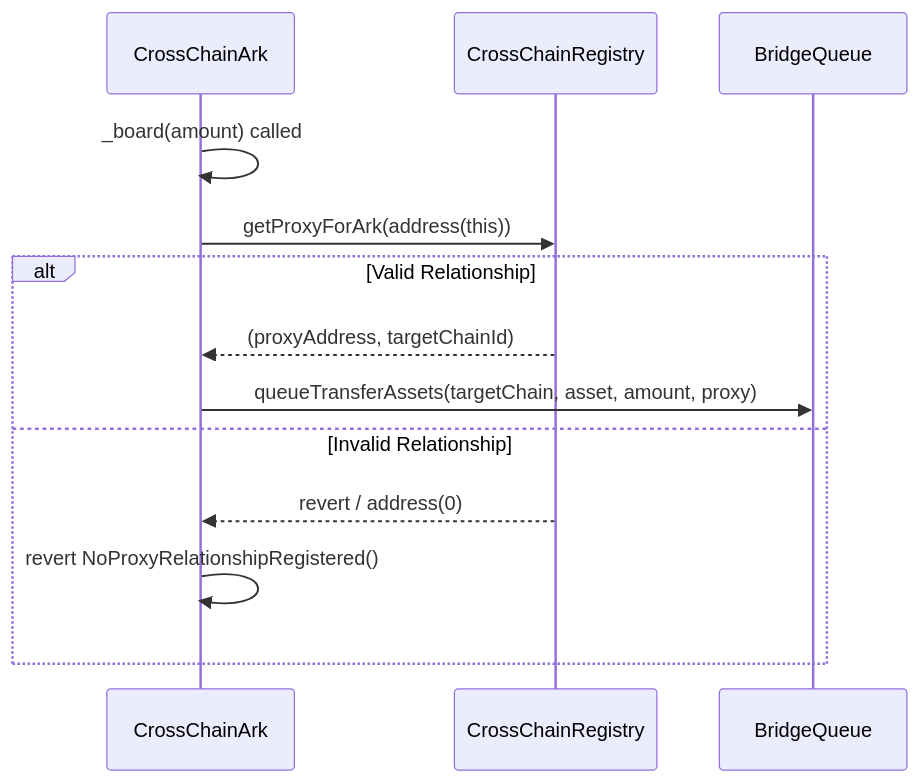
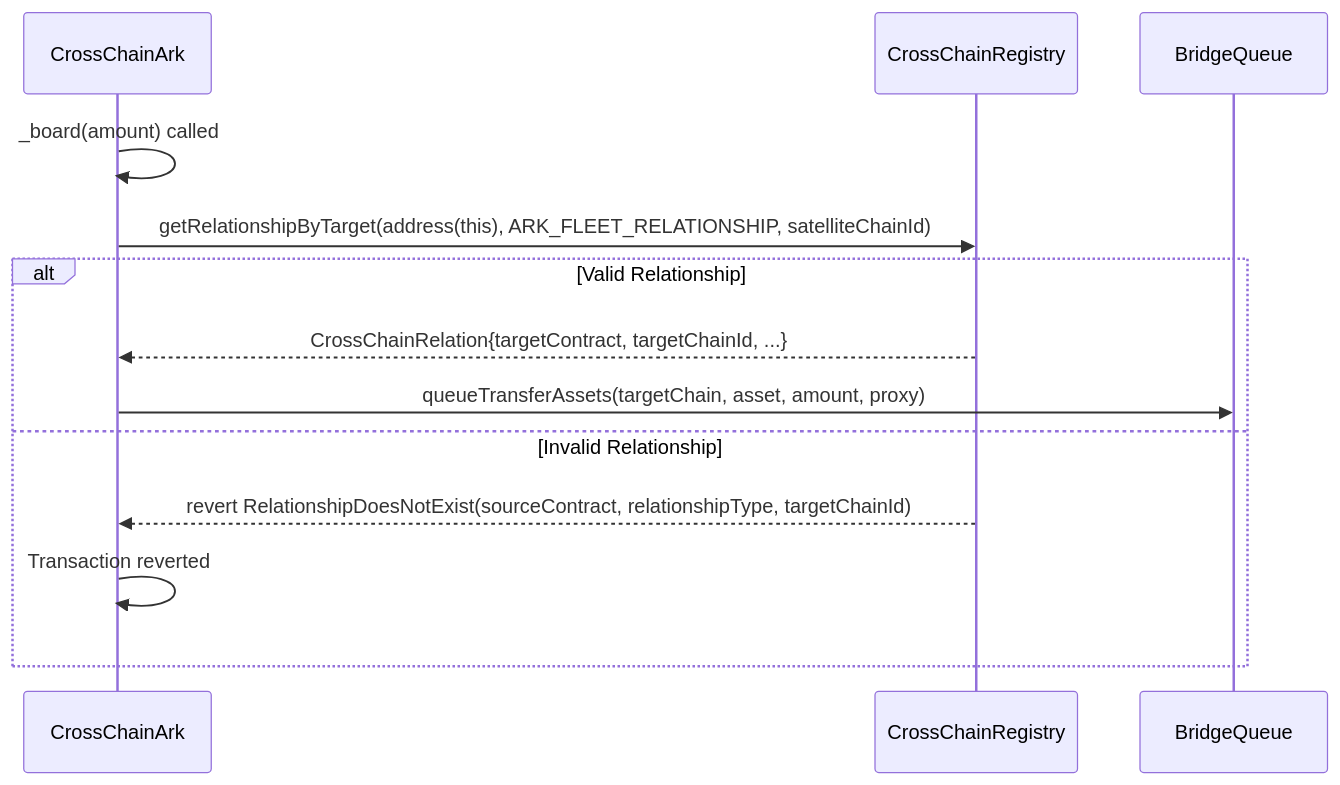
One commit to OasisDEX/summer-earn-protocol changed the first of 3 diagrams in packages/core-contracts/docs/CROSS_CHAIN_ARK_TECHNICAL_ARCHITECTURE.md. Above: the diagram before and after it, drawn with Mermaid. The commit also changed other lines of this file and 9 other files, not shown here.

First line of the commit message:
refactor: enhance CrossChainArk and CrossChainRegistry for improved relationship management

````diff
--- a/packages/core-contracts/docs/CROSS_CHAIN_ARK_TECHNICAL_ARCHITECTURE.md
+++ b/packages/core-contracts/docs/CROSS_CHAIN_ARK_TECHNICAL_ARCHITECTURE.md
@@ -42,16 +46,16 @@
 ```mermaid
 sequenceDiagram
     participant Ark as CrossChainArk
     participant Reg as CrossChainRegistry
     participant Queue as BridgeQueue
     
     Ark->>Ark: _board(amount) called
-    Ark->>Reg: getProxyForArk(address(this))
+    Ark->>Reg: getRelationshipByTarget(address(this), ARK_FLEET_RELATIONSHIP, satelliteChainId)
     alt Valid Relationship
-        Reg-->>Ark: (proxyAddress, targetChainId)
+        Reg-->>Ark: CrossChainRelation{targetContract, targetChainId, ...}
         Ark->>Queue: queueTransferAssets(targetChain, asset, amount, proxy)
     else Invalid Relationship
-        Reg-->>Ark: revert / address(0)
-        Ark->>Ark: revert NoProxyRelationshipRegistered()
+        Reg-->>Ark: revert RelationshipDoesNotExist(sourceContract, relationshipType, targetChainId)
+        Ark->>Ark: Transaction reverted
     end
 ```
````
